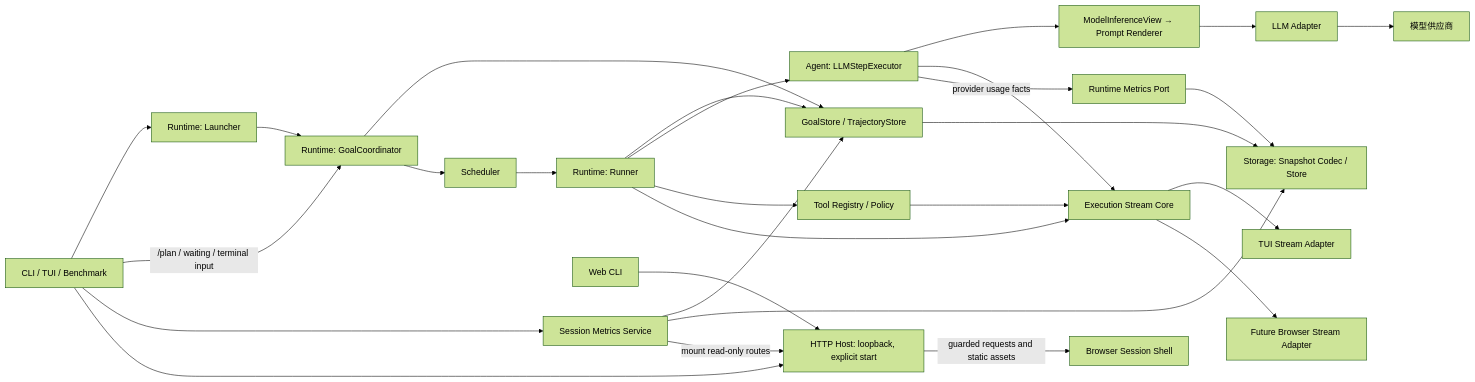
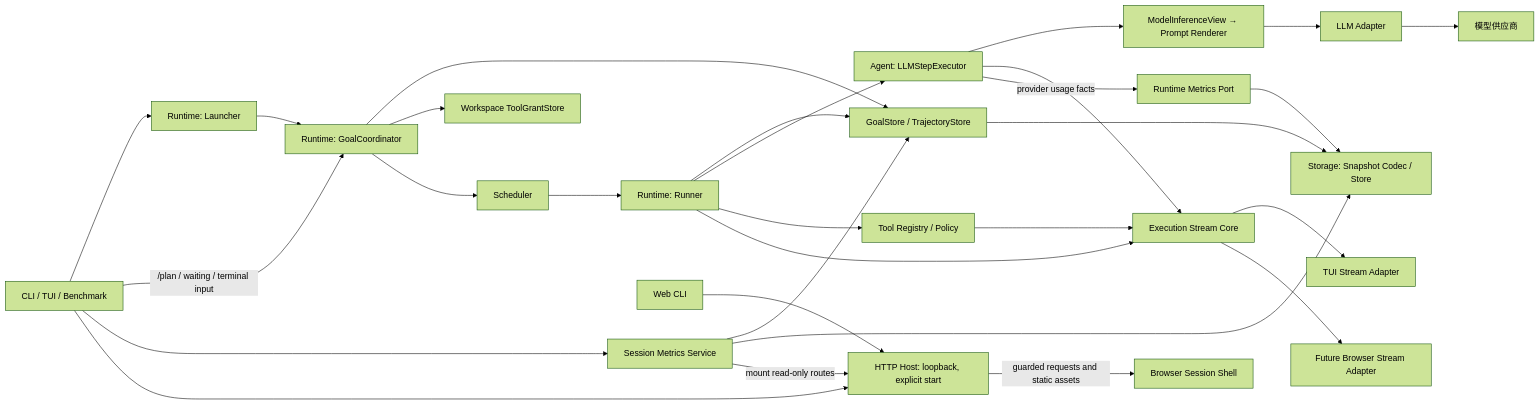
The diagram in docs/architecture/README.md (ccasJay/LazyGoal), drawn with Mermaid (forest theme) before and after one commit. The commit also changed other lines of this file and 16 other files, not shown here.

````diff
--- a/docs/architecture/README.md
+++ b/docs/architecture/README.md
@@ -21,30 +21,31 @@
 ```mermaid
 flowchart LR
     C[CLI / TUI / Benchmark] --> L[Runtime: Launcher]
     L --> G[Runtime: GoalCoordinator]
     C -->|/plan / waiting / terminal input| G
     G --> S[GoalStore / TrajectoryStore]
+    G --> TG[Workspace ToolGrantStore]
     G --> Q[Scheduler]
     Q --> R[Runtime: Runner]
     R --> S
     R --> E[Agent: LLMStepExecutor]
     E --> V[ModelInferenceView → Prompt Renderer]
     V --> A[LLM Adapter]
     A --> M[模型供应商]
     S --> ST[Storage: Snapshot Codec / Store]
     R --> T[Tool Registry / Policy]
     R --> X[Execution Stream Core]
     E --> X
     T --> X
     X --> U[TUI Stream Adapter]
     X --> W[Future Browser Stream Adapter]
     E -->|provider usage facts| MS[Runtime Metrics Port]
     MS --> ST
     C --> MC[Session Metrics Service]
     MC --> S
     MC --> ST
     C --> H[HTTP Host: loopback, explicit start]
     MC -->|mount read-only routes| H
     WC[Web CLI] --> H
     H -->|guarded requests and static assets| BW[Browser Session Shell]
 ```
````
